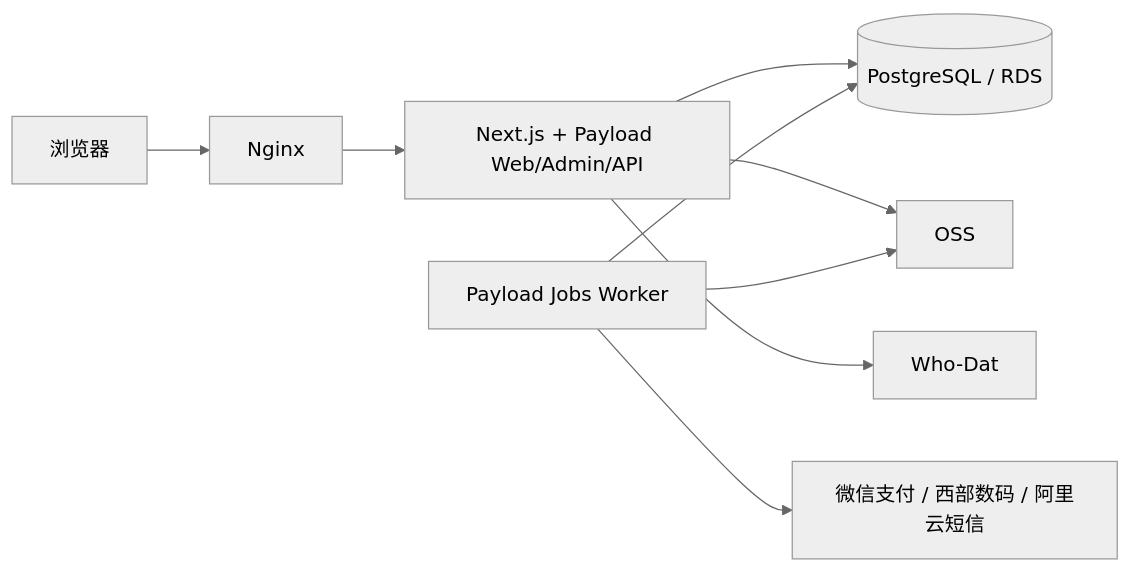
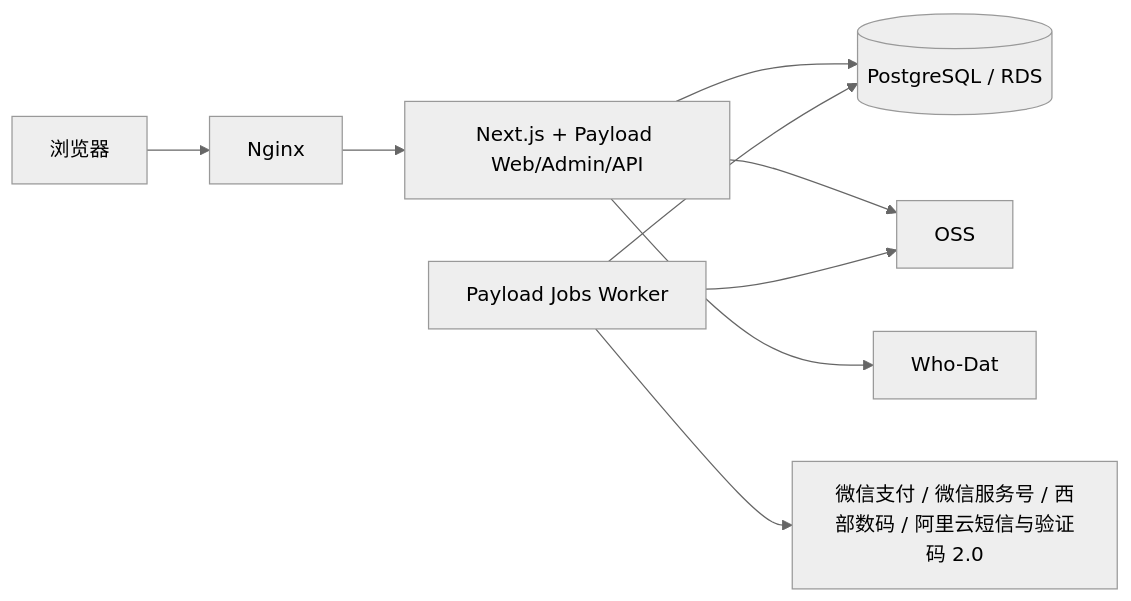
One commit to huangsourcing-ux/Wanmi changed the diagram in Wanmi.AI-技术栈.md. Above: the diagram before and after it, drawn with Mermaid (neutral theme). The commit also changed other lines of this file and 7 other files, not shown here.

````diff
--- a/Wanmi.AI-技术栈.md
+++ b/Wanmi.AI-技术栈.md
@@ -39,11 +40,11 @@
 ```mermaid
 flowchart LR
   U["浏览器"] --> N["Nginx"]
   N --> W["Next.js + Payload Web/Admin/API"]
   W --> P[("PostgreSQL / RDS")]
   J["Payload Jobs Worker"] --> P
   W --> O["OSS"]
   J --> O
   W --> H["Who-Dat"]
-  J --> X["微信支付 / 西部数码 / 阿里云短信"]
+  J --> X["微信支付 / 微信服务号 / 西部数码 / 阿里云短信与验证码 2.0"]
 ```
````
